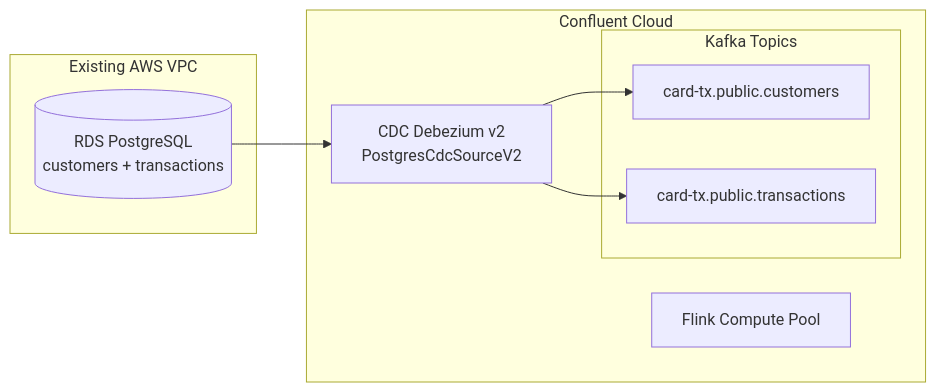
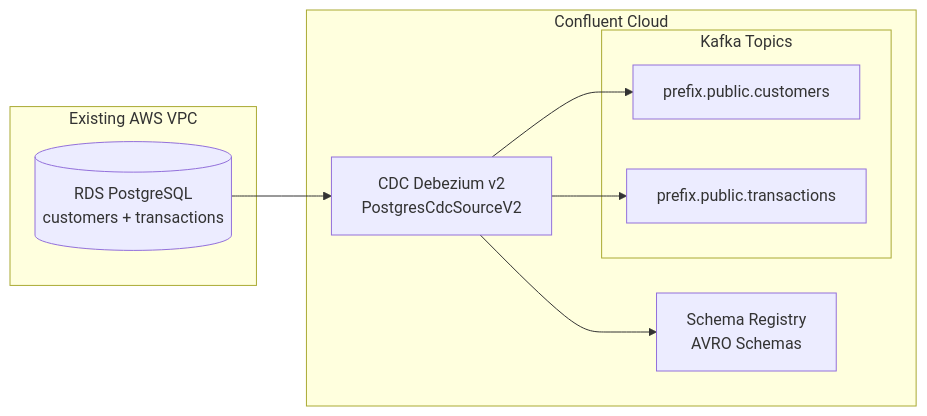
Before and after one commit to jbcodeforce/flink-hands-on: the diagram in cdc-postgres-to-cc-flink/README.md, drawn with Mermaid. The commit also changed other lines of this file and 33 other files, not shown here.

````diff
--- a/cdc-postgres-to-cc-flink/README.md
+++ b/cdc-postgres-to-cc-flink/README.md
@@ -5,21 +9,22 @@
 ```mermaid
 flowchart LR
     subgraph VPC [Existing AWS VPC]
         RDS[(RDS PostgreSQL<br/>customers + transactions)]
     end
     
     subgraph CC [Confluent Cloud]
         CDC[CDC Debezium v2<br/>PostgresCdcSourceV2]
         
         subgraph Topics [Kafka Topics]
-            T1[card-tx.public.customers]
-            T2[card-tx.public.transactions]
+            T1[prefix.public.customers]
+            T2[prefix.public.transactions]
         end
         
-        Flink[Flink Compute Pool]
+        SR[Schema Registry<br/>AVRO Schemas]
     end
     
     RDS --> CDC
     CDC --> T1
     CDC --> T2
+    CDC --> SR
 ```
````
